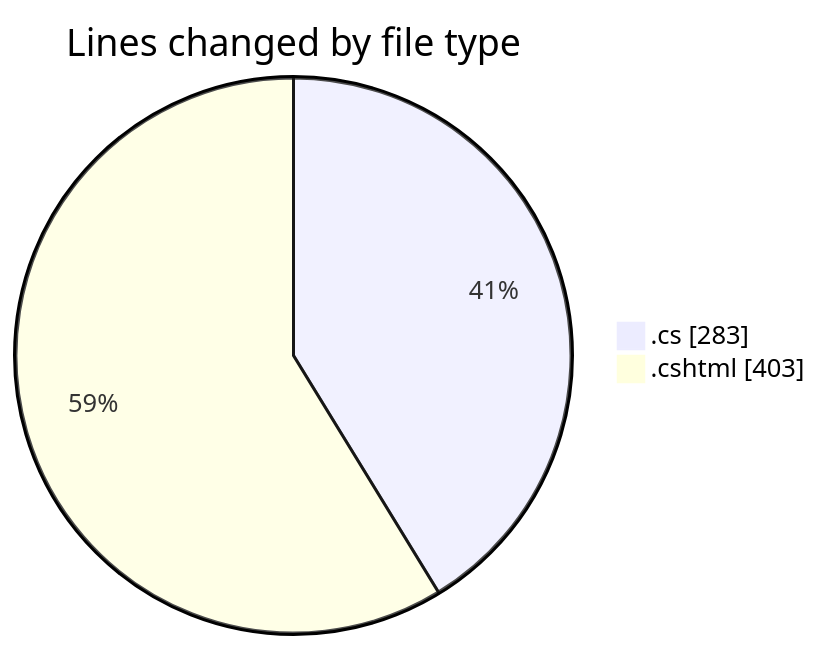
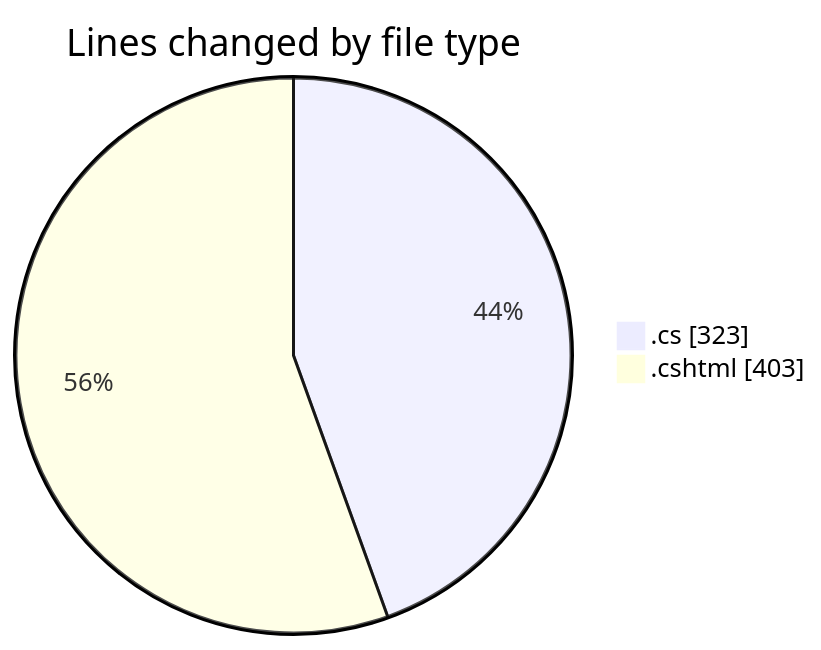
Before and after one commit to lephambinh05/code-tracking: the first of 2 diagrams in 2025-07-15/footballstatsapp/README.md, drawn with Mermaid. The commit also changed other lines of this file and 1 other file, not shown here.

````diff
--- a/2025-07-15/footballstatsapp/README.md
+++ b/2025-07-15/footballstatsapp/README.md
@@ -38,6 +39,6 @@
 ```mermaid
 pie showData
 title Lines changed by file type
-".cs" : 283
+".cs" : 323
 ".cshtml" : 403
 ```
````
